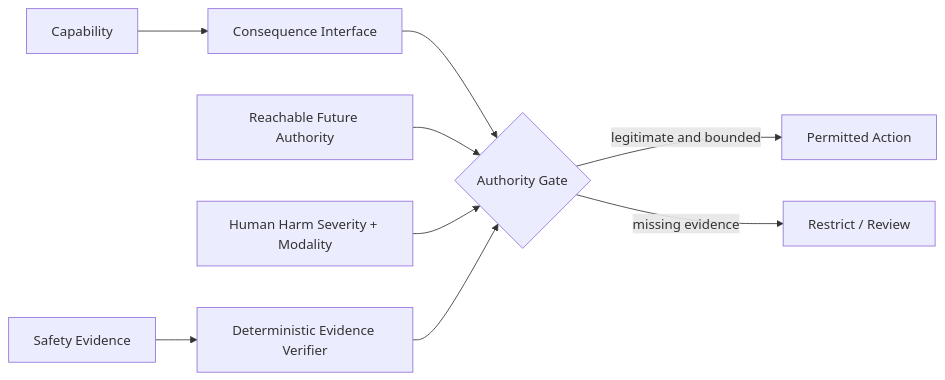
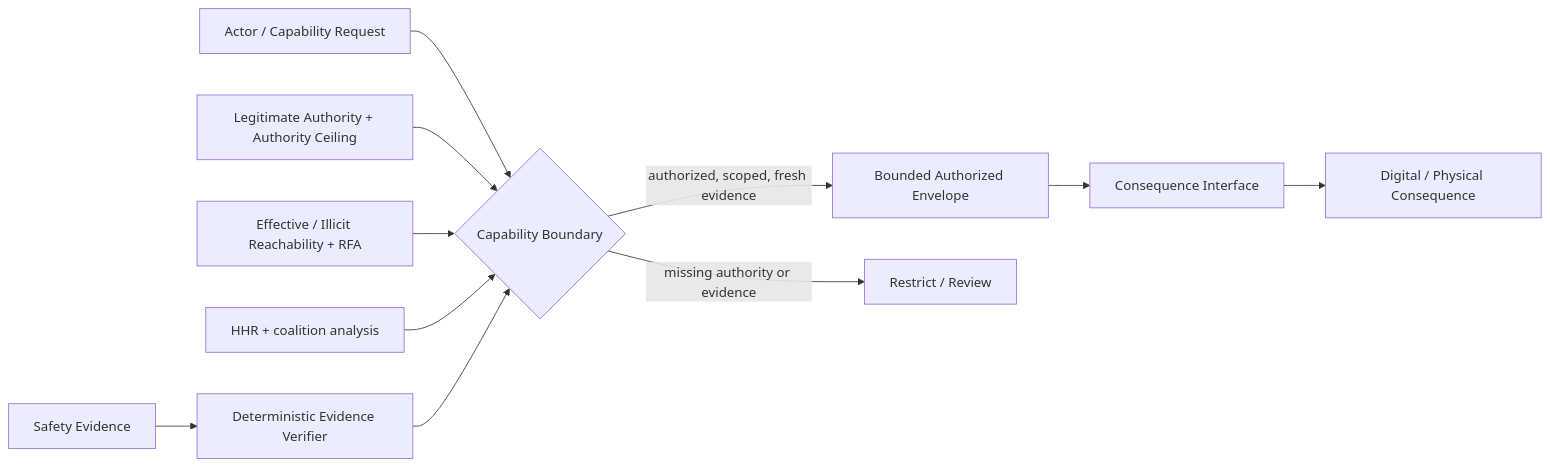
The diagram in README.md (cresta13/universal-ai-safety-architecture), drawn with Mermaid before and after one commit. The commit also changed other lines of this file and 23 other files, not shown here.

````diff
--- a/README.md
+++ b/README.md
@@ -15,11 +15,13 @@
 ```mermaid
 flowchart LR
-  A[Capability] --> B[Consequence Interface]
-  B --> C{Authority Gate}
-  C -->|legitimate and bounded| D[Permitted Action]
-  C -->|missing evidence| E[Restrict / Review]
-  F[Reachable Future Authority] --> C
-  G[Human Harm Severity + Modality] --> C
-  H[Safety Evidence] --> I[Deterministic Evidence Verifier]
-  I --> C
+  A[Actor / Capability Request] --> B{Capability Boundary}
+  LA[Legitimate Authority + Authority Ceiling] --> B
+  R[Effective / Illicit Reachability + RFA] --> B
+  HC[HHR + coalition analysis] --> B
+  SE[Safety Evidence] --> I[Deterministic Evidence Verifier]
+  I --> B
+  B -->|authorized, scoped, fresh evidence| C[Bounded Authorized Envelope]
+  B -->|missing authority or evidence| D[Restrict / Review]
+  C --> E[Consequence Interface]
+  E --> F[Digital / Physical Consequence]
 ```
````
